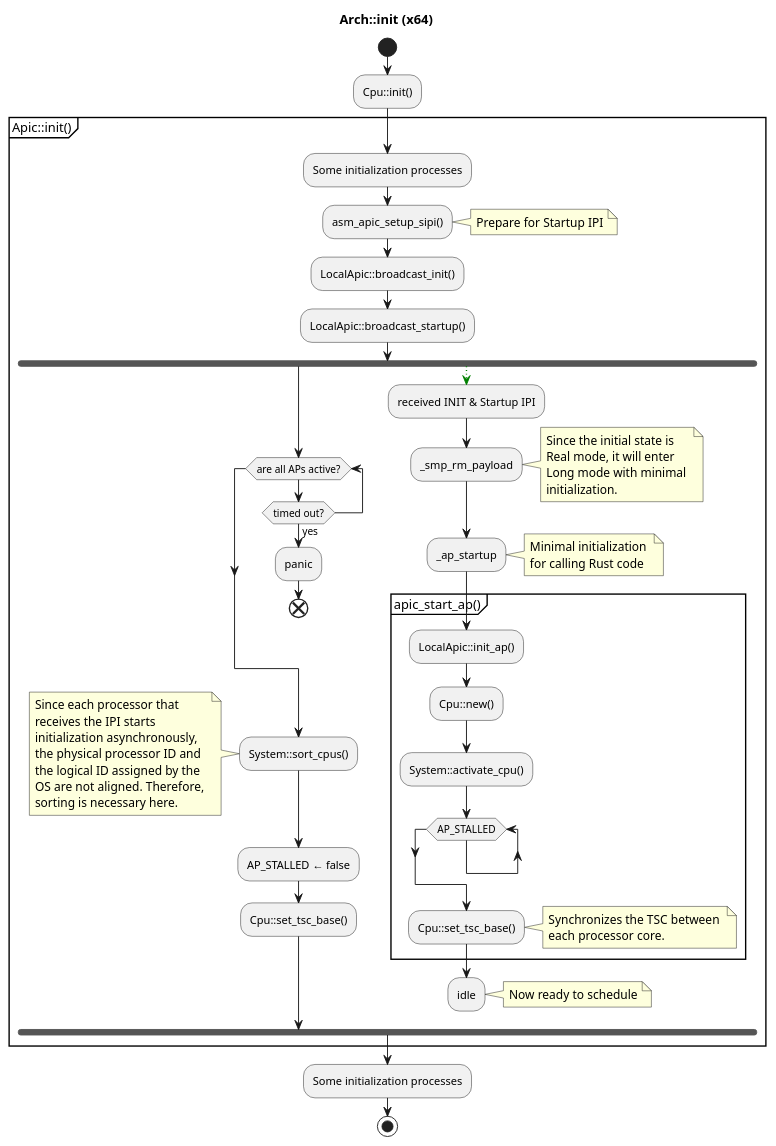
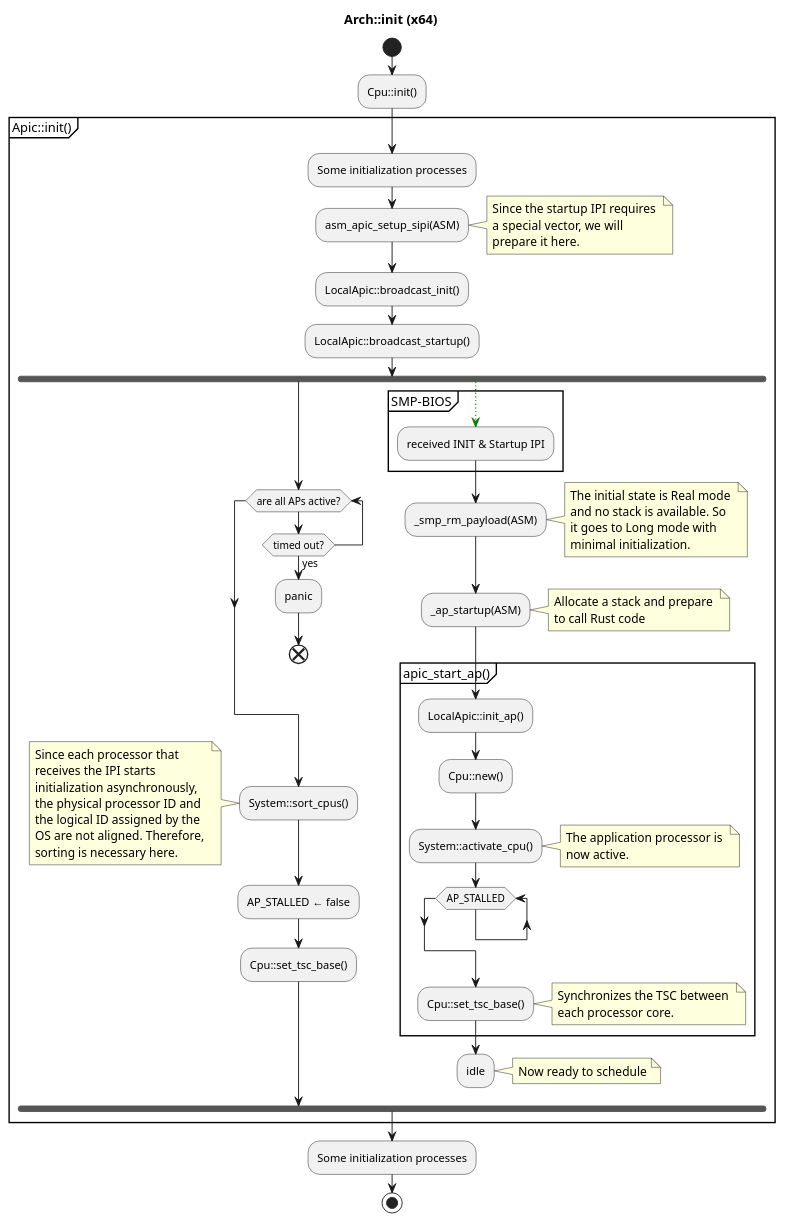
The third of 3 diagrams in ARCHITECTURE.md (neri/maystorm), drawn with PlantUML before and after one commit.

````diff
--- a/ARCHITECTURE.md
+++ b/ARCHITECTURE.md
@@ -79,70 +79,78 @@
 ``` plantuml
 @startuml
 title Arch::init (x64)
 start
 :Cpu::init();
 partition Apic::init() {
     :Some initialization processes;
-    :asm_apic_setup_sipi();
+    :asm_apic_setup_sipi(ASM);
     note right
-        Prepare for Startup IPI
+Since the startup IPI requires 
+a special vector, we will 
+prepare it here.
     end note
     :LocalApic::broadcast_init();
     :LocalApic::broadcast_startup();
     fork
         while (are all APs active?)
             if (timed out?) then (yes)
                 :panic;
                 end
             endif
         endwhile
         :System::sort_cpus();
         note left
 Since each processor that 
 receives the IPI starts 
 initialization asynchronously, 
 the physical processor ID and 
 the logical ID assigned by the 
 OS are not aligned. Therefore, 
 sorting is necessary here.
         end note
         :AP_STALLED ← false;
         :Cpu::set_tsc_base();
     fork again
         -[#green,dotted]->
-        :received INIT & Startup IPI;
-        :_smp_rm_payload;
+        partition SMP-BIOS {
+            :received INIT & Startup IPI;
+        }
+        :_smp_rm_payload(ASM);
         note right
-Since the initial state is 
-Real mode, it will enter 
-Long mode with minimal 
-initialization.
+The initial state is Real mode 
+and no stack is available. So 
+it goes to Long mode with 
+minimal initialization.
         end note
-        :_ap_startup;
+        :_ap_startup(ASM);
         note right
-Minimal initialization 
-for calling Rust code
+Allocate a stack and prepare 
+to call Rust code
         end note
         partition apic_start_ap() {
             :LocalApic::init_ap();
             :Cpu::new();
             :System::activate_cpu();
+            note right
+The application processor is 
+now active.
+            end note
             while (AP_STALLED)
             endwhile
             :Cpu::set_tsc_base();
             note right
 Synchronizes the TSC between 
 each processor core.
             end note
         }
         :idle;
         note right
 Now ready to schedule
         end note
         detach
     end fork
 }
 :Some initialization processes;
 stop
 @enduml
 ```
````
